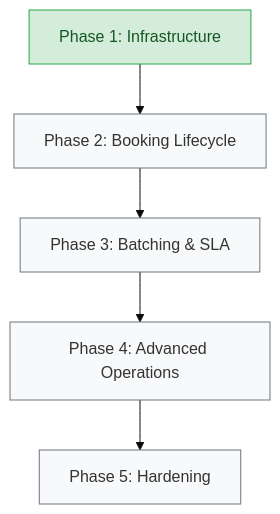
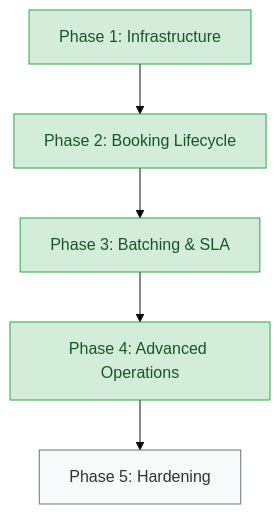
The diagram in docs/progress.md (aakash-kr-7/sla-aware-ride-batching), drawn with Mermaid (base theme) before and after one commit. The commit also changed other lines of this file and 17 other files, not shown here.

````diff
--- a/docs/progress.md
+++ b/docs/progress.md
@@ -35,13 +35,13 @@
 ```mermaid
 flowchart TD
     Phase1[Phase 1: Infrastructure] --> Phase2[Phase 2: Booking Lifecycle]
     Phase2 --> Phase3[Phase 3: Batching & SLA]
     Phase3 --> Phase4[Phase 4: Advanced Operations]
     Phase4 --> Phase5[Phase 5: Hardening]
 
     style Phase1 fill:#d4edda,stroke:#28a745,color:#155724
-    style Phase2 fill:#f8f9fa,stroke:#6c757d
-    style Phase3 fill:#f8f9fa,stroke:#6c757d
-    style Phase4 fill:#f8f9fa,stroke:#6c757d
+    style Phase2 fill:#d4edda,stroke:#28a745,color:#155724
+    style Phase3 fill:#d4edda,stroke:#28a745,color:#155724
+    style Phase4 fill:#d4edda,stroke:#28a745,color:#155724
     style Phase5 fill:#f8f9fa,stroke:#6c757d
 ```
````
